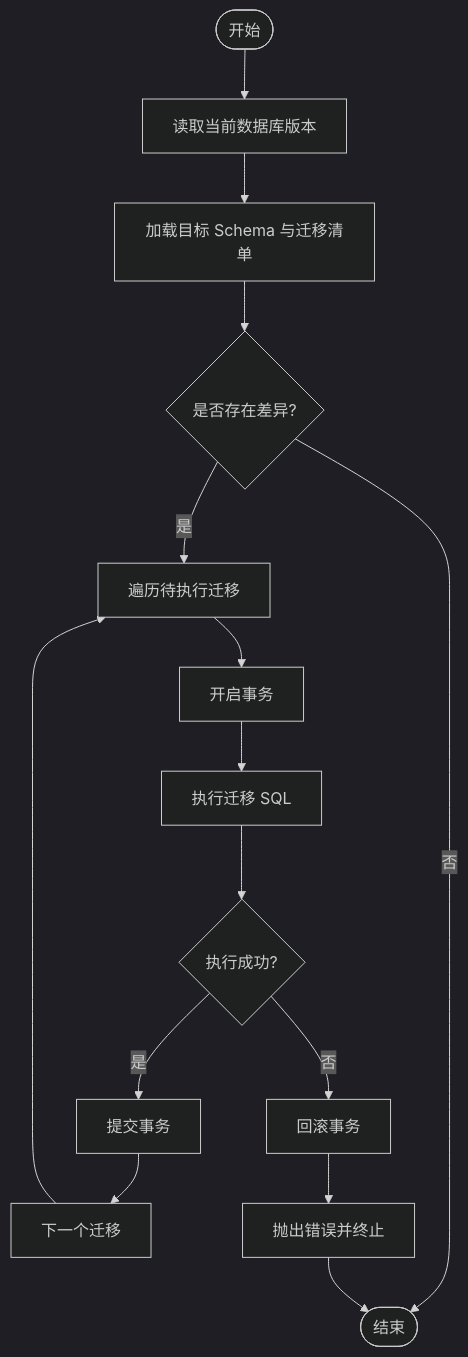
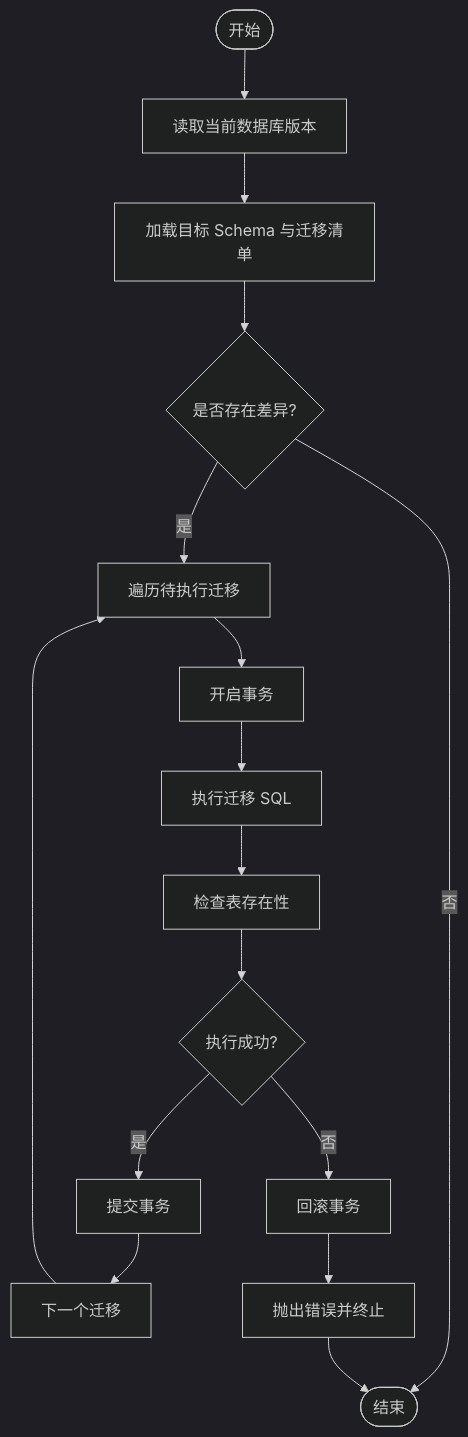
One commit to ZhangGHGitHub/LegadoTeamFlutter changed the third of 4 diagrams in .qoder/repowiki/zh/content/Rust核心库/数据库层/数据库迁移系统.md. Above: the diagram before and after it, drawn with Mermaid (dark theme). The commit also changed other lines of this file and 60 other files, not shown here.

````diff
--- a/.qoder/repowiki/zh/content/Rust核心库/数据库层/数据库迁移系统.md
+++ b/.qoder/repowiki/zh/content/Rust核心库/数据库层/数据库迁移系统.md
@@ -159,17 +167,18 @@
 ```mermaid
 flowchart TD
 Start(["开始"]) --> ReadVer["读取当前数据库版本"]
 ReadVer --> LoadPlan["加载目标 Schema 与迁移清单"]
 LoadPlan --> Diff{"是否存在差异?"}
 Diff --> |否| End(["结束"])
 Diff --> |是| ForEach["遍历待执行迁移"]
 ForEach --> Txn["开启事务"]
 Txn --> Exec["执行迁移 SQL"]
-Exec --> Ok{"执行成功?"}
+Exec --> CheckTable["检查表存在性"]
+CheckTable --> Ok{"执行成功?"}
 Ok --> |是| Commit["提交事务"]
 Ok --> |否| Rollback["回滚事务"]
 Commit --> Next["下一个迁移"]
 Rollback --> Error["抛出错误并终止"]
 Next --> ForEach
 Error --> End
 ```
````
